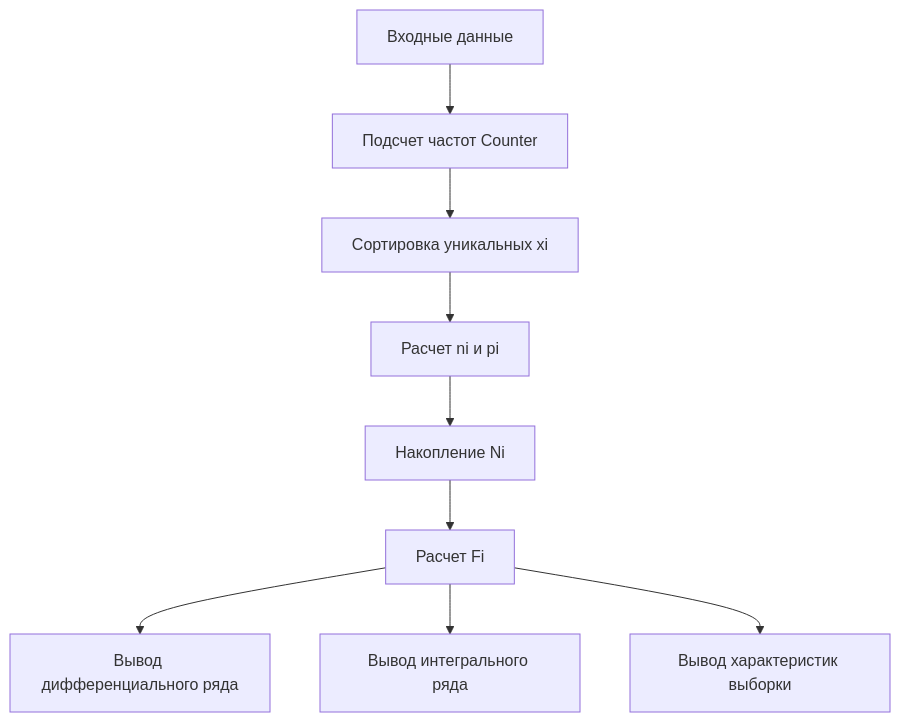
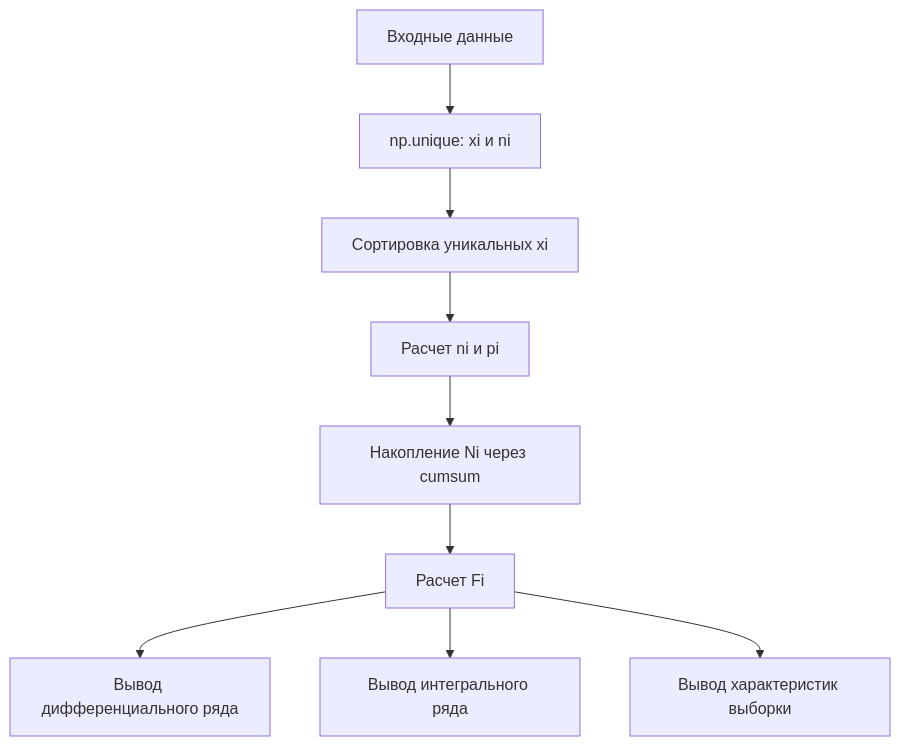
The diagram in sem4/statistics/1/lab1_part2_explained.md (kleget/DSTU_labs_Shchegolkov_Vladimir), drawn with Mermaid before and after one commit. The commit also changed other lines of this file and 1 other file, not shown here.

````diff
--- a/sem4/statistics/1/lab1_part2_explained.md
+++ b/sem4/statistics/1/lab1_part2_explained.md
@@ -93,11 +94,11 @@
 ```mermaid
 flowchart TD
-    A[Входные данные] --> B[Подсчет частот Counter]
+    A[Входные данные] --> B[np.unique: xi и ni]
     B --> C[Сортировка уникальных xi]
     C --> D[Расчет ni и pi]
-    D --> E[Накопление Ni]
+    D --> E[Накопление Ni через cumsum]
     E --> F[Расчет Fi]
     F --> G[Вывод дифференциального ряда]
     F --> H[Вывод интегрального ряда]
     F --> I[Вывод характеристик выборки]
 ```
````
